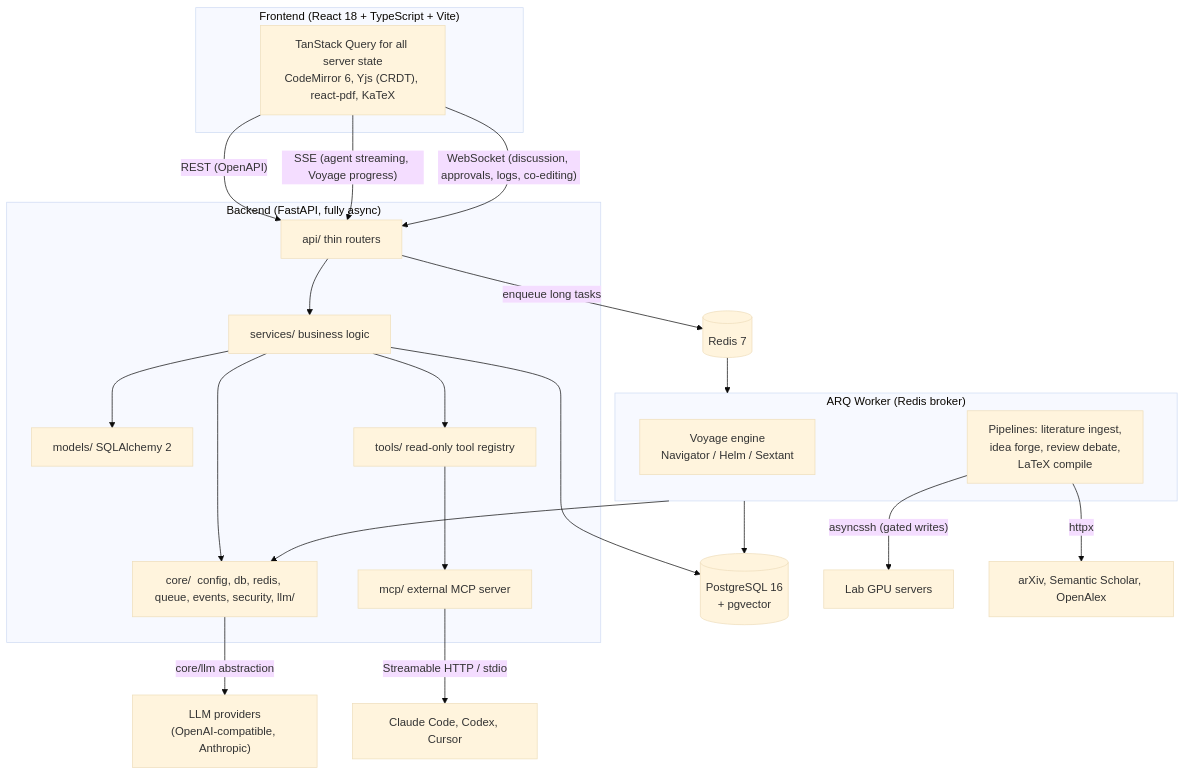
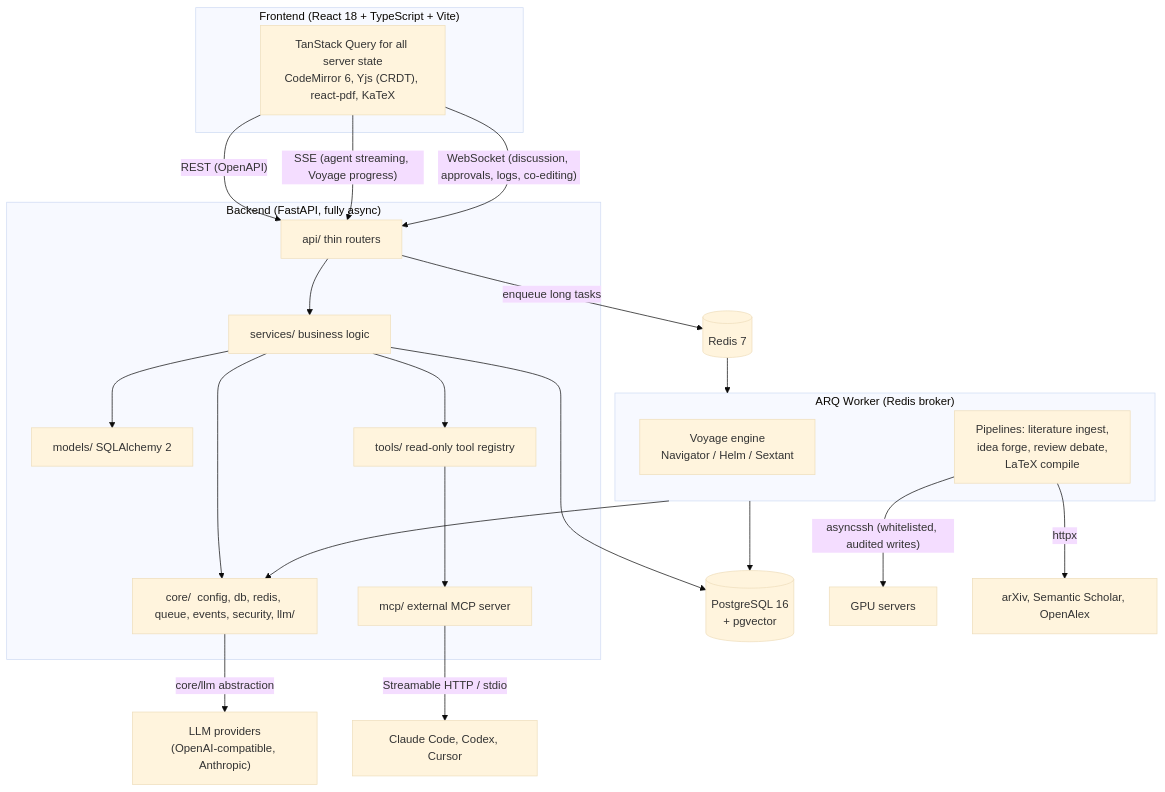
One commit to ZJU-REAL/Polaris changed the diagram in docs/architecture.md. Above: the diagram before and after it, drawn with Mermaid (base theme). The commit also changed other lines of this file and 127 other files, not shown here.

Commit message:
docs: align documentation with the current architecture (#732) (#735)

````diff
--- a/docs/architecture.md
+++ b/docs/architecture.md
@@ -18,39 +33,39 @@
 ```mermaid
 flowchart TB
     subgraph client["Frontend (React 18 + TypeScript + Vite)"]
       UI["TanStack Query for all server state\nCodeMirror 6, Yjs (CRDT), react-pdf, KaTeX"]
     end
 
     UI -- "REST (OpenAPI)" --> API
     UI -- "SSE (agent streaming, Voyage progress)" --> API
     UI -- "WebSocket (discussion, approvals, logs, co-editing)" --> API
 
     subgraph backend["Backend (FastAPI, fully async)"]
       API["api/  thin routers"]
       SVC["services/  business logic"]
       MODELS["models/  SQLAlchemy 2"]
       CORE["core/  config, db, redis, queue, events, security, llm/"]
       TOOLS["tools/  read-only tool registry"]
       MCP["mcp/  external MCP server"]
       API --> SVC --> MODELS
       SVC --> CORE
       SVC --> TOOLS
       TOOLS --> MCP
     end
 
     subgraph worker["ARQ Worker (Redis broker)"]
       VOY["Voyage engine\nNavigator / Helm / Sextant"]
       PIPE["Pipelines: literature ingest,\nidea forge, review debate,\nLaTeX compile"]
     end
 
     API -- "enqueue long tasks" --> REDIS[("Redis 7")]
     REDIS --> worker
     SVC --> PG[("PostgreSQL 16\n+ pgvector")]
     worker --> PG
     worker --> CORE
 
     CORE -- "core/llm abstraction" --> LLM["LLM providers\n(OpenAI-compatible, Anthropic)"]
-    PIPE -- "asyncssh (gated writes)" --> GPU["Lab GPU servers"]
+    PIPE -- "asyncssh (whitelisted, audited writes)" --> GPU["GPU servers"]
     PIPE -- "httpx" --> LIT["arXiv, Semantic Scholar, OpenAlex"]
     MCP -- "Streamable HTTP / stdio" --> EXT["Claude Code, Codex, Cursor"]
 ```
````
